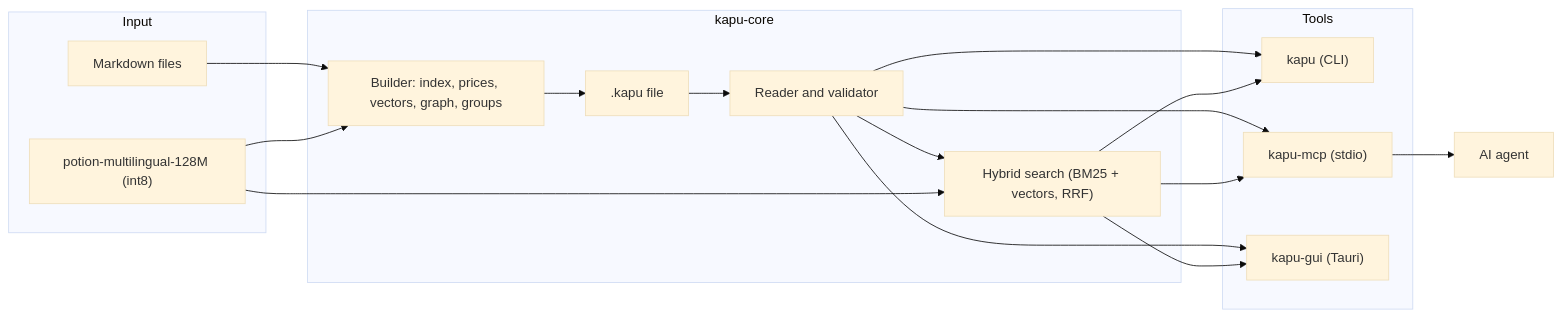
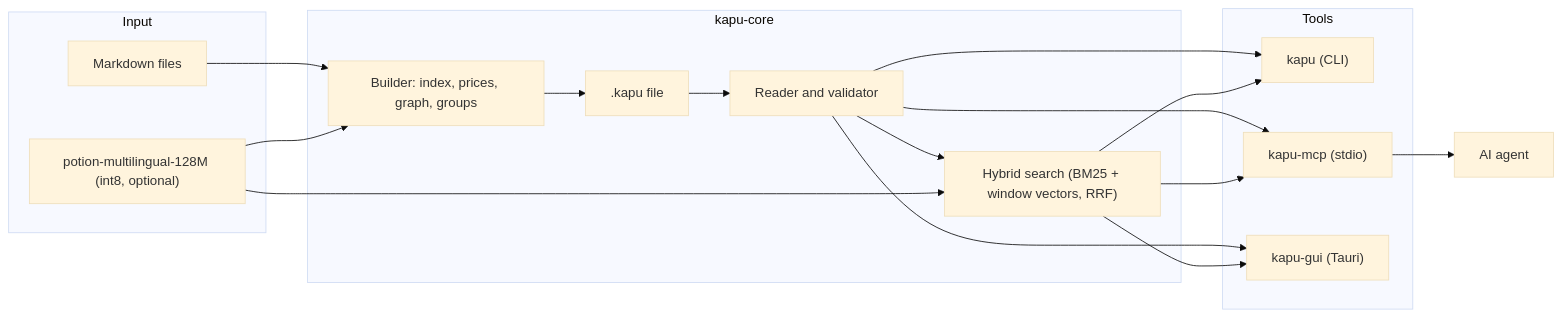
Before and after one commit to piszabolcs/kapu: the diagram in README.md, drawn with Mermaid (base theme). The commit also changed other lines of this file and 17 other files, not shown here.

````diff
--- a/README.md
+++ b/README.md
@@ -76,25 +150,25 @@
 ```mermaid
 flowchart LR
   subgraph Input
     MD["Markdown files"]
-    MOD["potion-multilingual-128M (int8)"]
+    MOD["potion-multilingual-128M (int8, optional)"]
   end
   subgraph Core["kapu-core"]
-    B["Builder: index, prices, vectors, graph, groups"]
+    B["Builder: index, prices, graph, groups"]
     F[".kapu file"]
     R["Reader and validator"]
-    S["Hybrid search (BM25 + vectors, RRF)"]
+    S["Hybrid search (BM25 + window vectors, RRF)"]
   end
   subgraph Tools
     CLI["kapu (CLI)"]
     MCP["kapu-mcp (stdio)"]
     GUI["kapu-gui (Tauri)"]
   end
   AG["AI agent"]
   MD --> B --> F --> R --> S
   MOD --> B
   MOD --> S
   R --> CLI & MCP & GUI
   S --> CLI & MCP & GUI
   MCP --> AG
 ```
````
